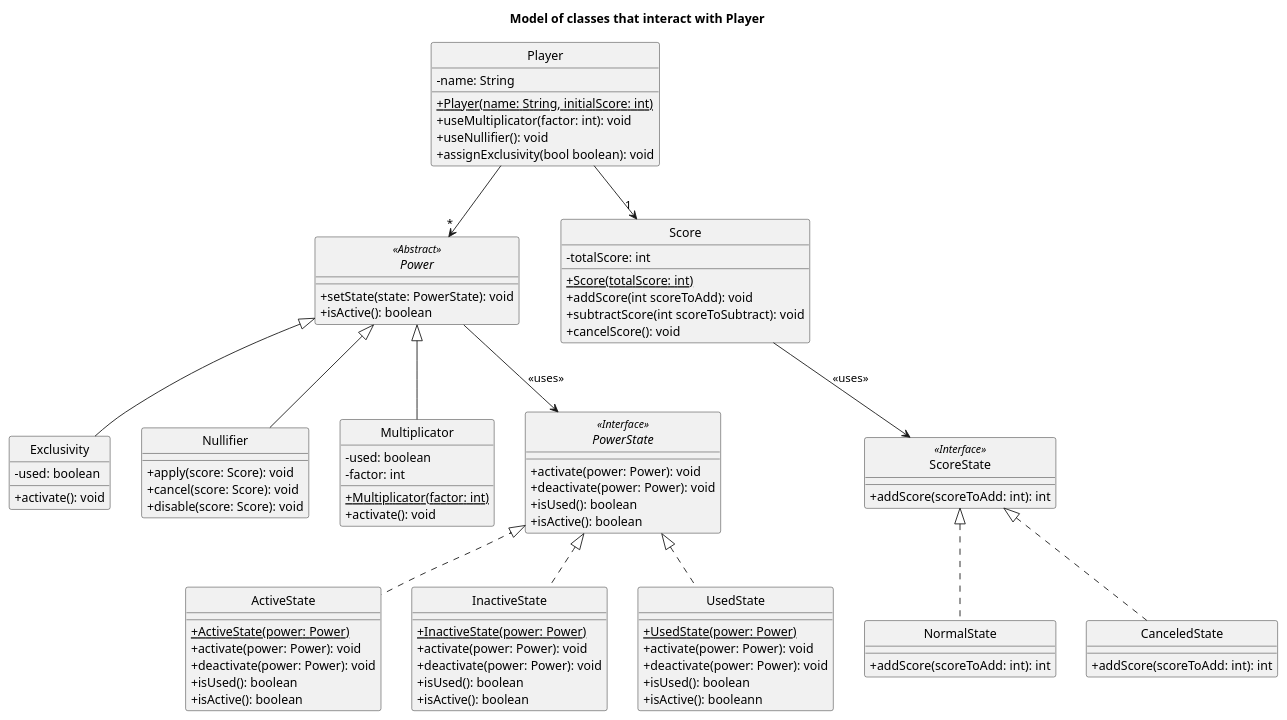
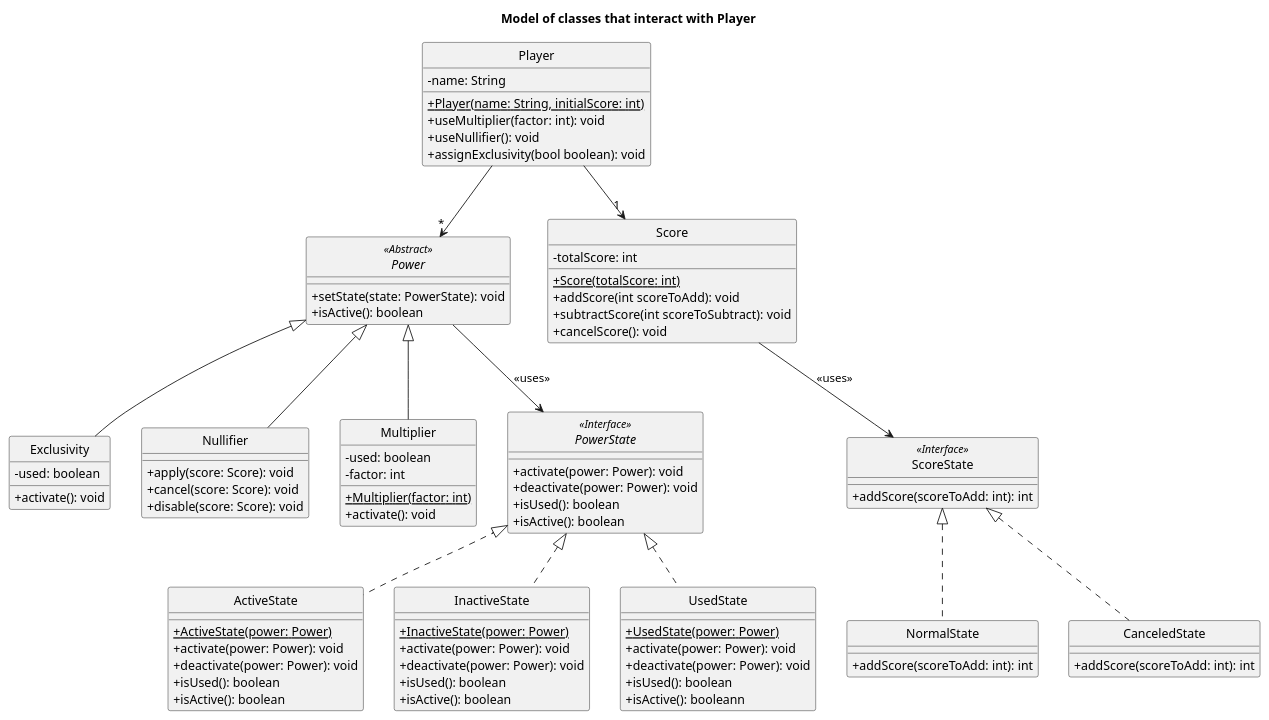
Before and after one commit to agpelliciari/TP2-Algo-III: the diagram in UML files/ClassDiagramPlayerInteractionsModel.puml, drawn with PlantUML. The commit also changed 3 other files, not shown here.

```diff
--- a/UML files/ClassDiagramPlayerInteractionsModel.puml
+++ b/UML files/ClassDiagramPlayerInteractionsModel.puml
@@ -1,114 +1,114 @@
 @startuml
 
 title: Model of classes that interact with Player
 
 skinparam monochrome true
 hide circle
 skinparam classAttributeIconSize 0
 
 class Player{
 -name: String
 +{static}Player(name: String, initialScore: int)
-+useMultiplicator(factor: int): void
++useMultiplier(factor: int): void
 +useNullifier(): void
 +assignExclusivity(bool boolean): void
 }
 
 abstract class Power{
 +setState(state: PowerState): void
 +isActive(): boolean
 }
 
 class Exclusivity{
 -used: boolean
 +activate(): void
 }
 
 class Nullifier{
 +apply(score: Score): void
 +cancel(score: Score): void
 +disable(score: Score): void
 }
 
-class Multiplicator{
+class Multiplier{
 -used: boolean
 - factor: int
-+{static}Multiplicator(factor: int)
++{static}Multiplier(factor: int)
 +activate(): void
 }
 
 interface PowerState {
 + activate(power: Power): void
    + deactivate(power: Power): void
    + isUsed(): boolean
    + isActive(): boolean
 }
 
 
 class ActiveState {
 +{static}ActiveState(power: Power)
 + activate(power: Power): void
    + deactivate(power: Power): void
    + isUsed(): boolean
    + isActive(): boolean
 }
 
 class InactiveState {
 +{static}InactiveState(power: Power)
 + activate(power: Power): void
    + deactivate(power: Power): void
    + isUsed(): boolean
    + isActive(): boolean
 }
 
 class UsedState {
 +{static}UsedState(power: Power)
 + activate(power: Power): void
    + deactivate(power: Power): void
    + isUsed(): boolean
    + isActive(): booleann
 }
 
 class Score{
 -totalScore: int
 +{static}Score(totalScore: int)
 +addScore(int scoreToAdd): void
 +subtractScore(int scoreToSubtract): void
 +cancelScore(): void
 }
 
 class ScoreState{
 +addScore(scoreToAdd: int): int
 }
 
 class NormalState{
 +addScore(scoreToAdd: int): int
 }
 
 class CanceledState{
 +addScore(scoreToAdd: int): int
 }
 
 Power --> PowerState : "<<uses>>"
 PowerState <|.. ActiveState
 PowerState <|.. InactiveState
 PowerState <|.. UsedState
 
 PowerState <<Interface>>
 
 Player -->"*" Power
 
 Power <|-- Exclusivity
 Power <|-- Nullifier
-Power <|-- Multiplicator
+Power <|-- Multiplier
 
 Player -->"1" Score
 
 Score --> ScoreState : "<<uses>>"
 ScoreState <|.. NormalState
 ScoreState <|.. CanceledState
 
 ScoreState <<Interface>>
 
 Power <<Abstract>>
 @enduml
```
